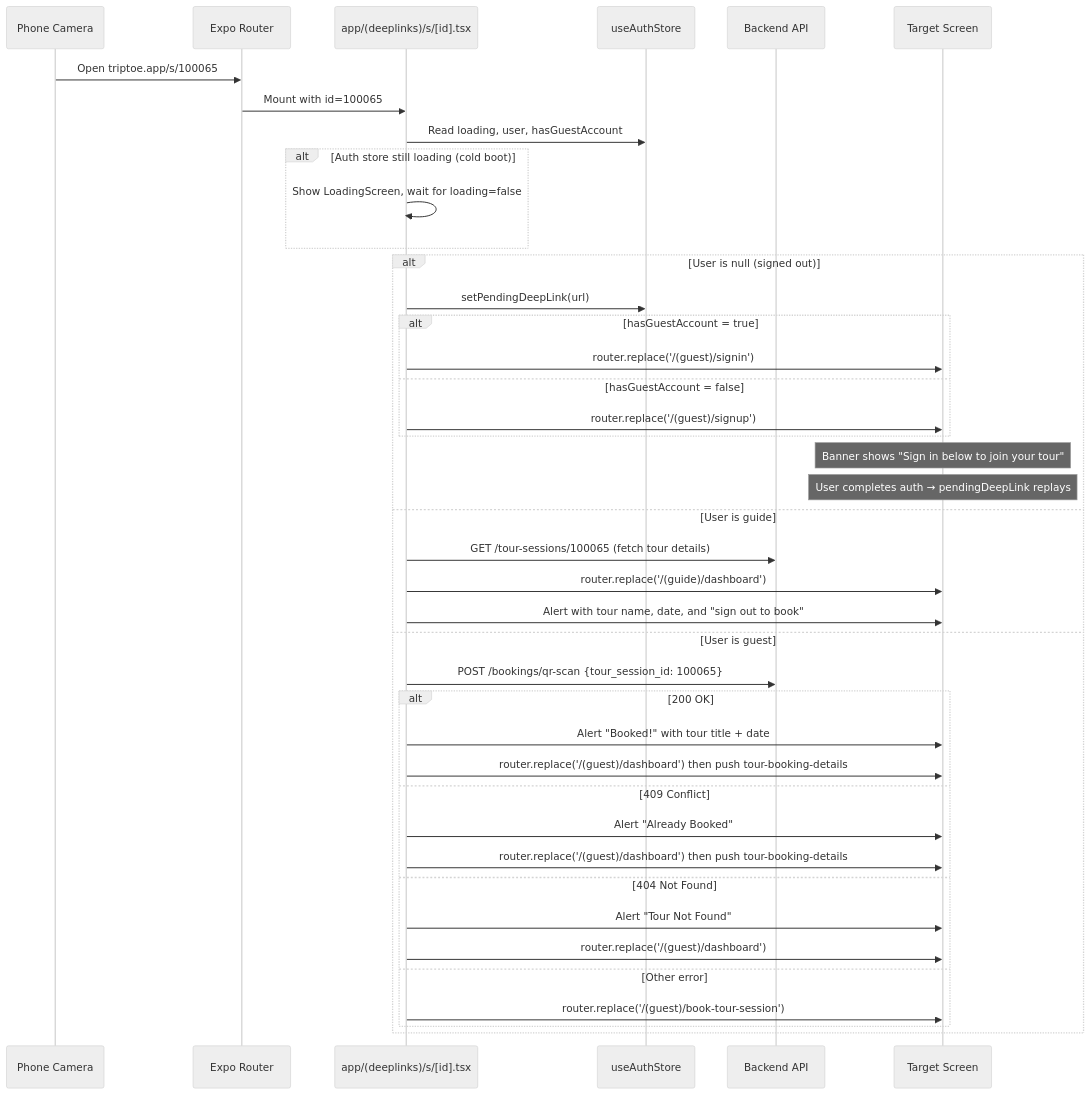
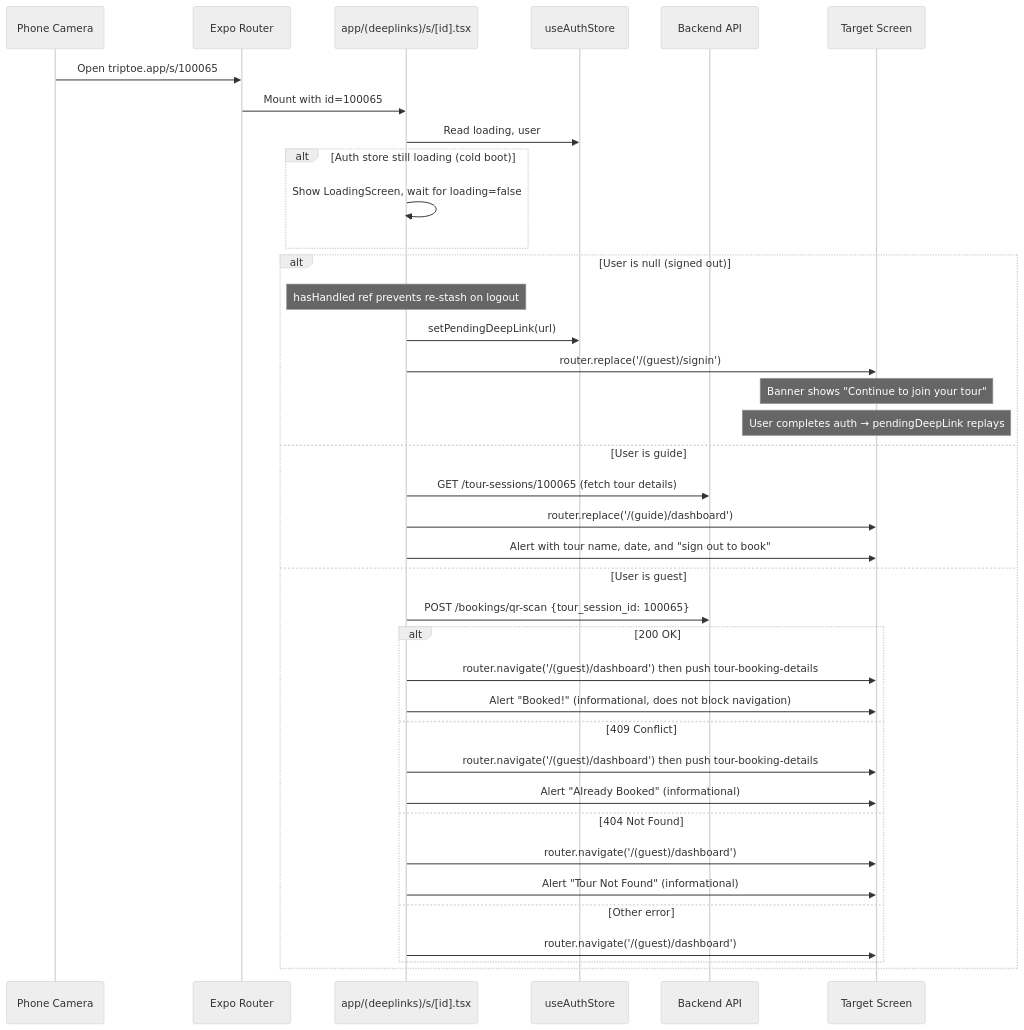
Before and after one commit to wariya-placehub/triptoe-docs: the second of 3 diagrams in 9b_feature_tour_joining_flow.md, drawn with Mermaid (neutral theme). The commit also changed other lines of this file and 7 other files, not shown here.

````diff
--- a/9b_feature_tour_joining_flow.md
+++ b/9b_feature_tour_joining_flow.md
@@ -80,47 +77,44 @@
 ```mermaid
 sequenceDiagram
     participant Camera as Phone Camera
     participant Router as Expo Router
     participant Route as app/(deeplinks)/s/[id].tsx
     participant Store as useAuthStore
     participant API as Backend API
     participant Screen as Target Screen
 
     Camera->>Router: Open triptoe.app/s/100065
     Router->>Route: Mount with id=100065
 
-    Route->>Store: Read loading, user, hasGuestAccount
+    Route->>Store: Read loading, user
 
     alt Auth store still loading (cold boot)
         Route->>Route: Show LoadingScreen, wait for loading=false
     end
 
     alt User is null (signed out)
+        Note over Route: hasHandled ref prevents re-stash on logout
         Route->>Store: setPendingDeepLink(url)
-        alt hasGuestAccount = true
-            Route->>Screen: router.replace('/(guest)/signin')
-        else hasGuestAccount = false
-            Route->>Screen: router.replace('/(guest)/signup')
-        end
-        Note over Screen: Banner shows "Sign in below to join your tour"
+        Route->>Screen: router.replace('/(guest)/signin')
+        Note over Screen: Banner shows "Continue to join your tour"
         Note over Screen: User completes auth → pendingDeepLink replays
     else User is guide
         Route->>API: GET /tour-sessions/100065 (fetch tour details)
         Route->>Screen: router.replace('/(guide)/dashboard')
         Route->>Screen: Alert with tour name, date, and "sign out to book"
     else User is guest
         Route->>API: POST /bookings/qr-scan {tour_session_id: 100065}
         alt 200 OK
-            Route->>Screen: Alert "Booked!" with tour title + date
-            Route->>Screen: router.replace('/(guest)/dashboard') then push tour-booking-details
+            Route->>Screen: router.navigate('/(guest)/dashboard') then push tour-booking-details
+            Route->>Screen: Alert "Booked!" (informational, does not block navigation)
         else 409 Conflict
-            Route->>Screen: Alert "Already Booked"
-            Route->>Screen: router.replace('/(guest)/dashboard') then push tour-booking-details
+            Route->>Screen: router.navigate('/(guest)/dashboard') then push tour-booking-details
+            Route->>Screen: Alert "Already Booked" (informational)
         else 404 Not Found
-            Route->>Screen: Alert "Tour Not Found"
-            Route->>Screen: router.replace('/(guest)/dashboard')
+            Route->>Screen: router.navigate('/(guest)/dashboard')
+            Route->>Screen: Alert "Tour Not Found" (informational)
         else Other error
-            Route->>Screen: router.replace('/(guest)/book-tour-session')
+            Route->>Screen: router.navigate('/(guest)/dashboard')
         end
     end
 ```
````
